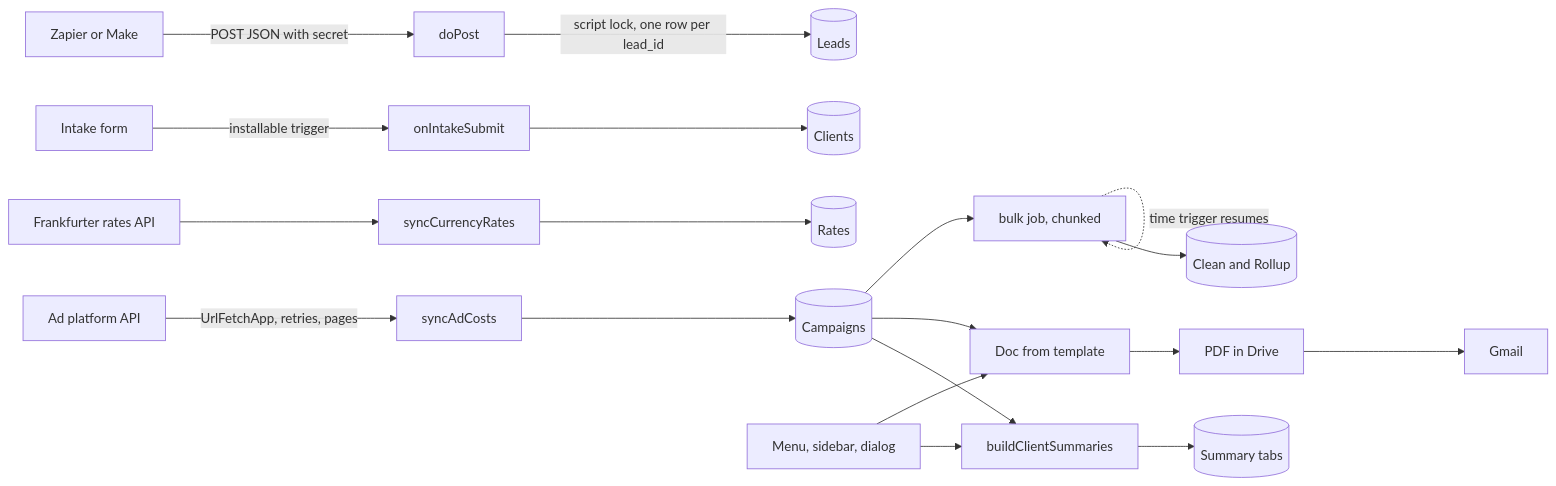
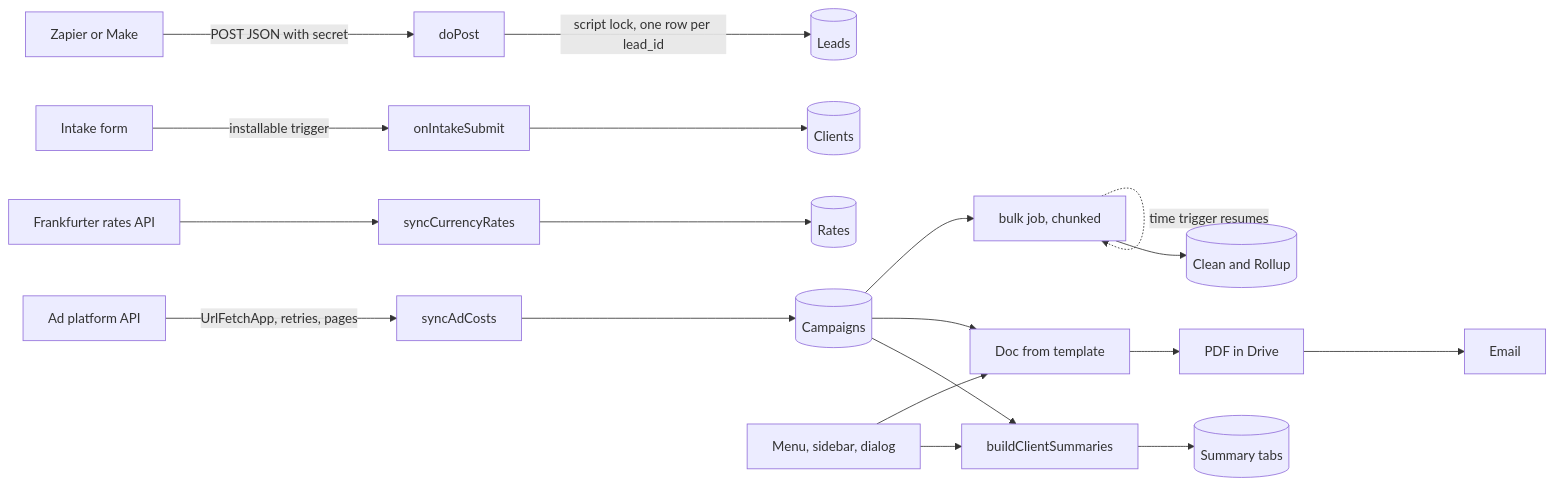
The diagram in README.md (Exalt24/sheetdesk), drawn with Mermaid before and after one commit. The commit also changed other lines of this file and 11 other files, not shown here.

````diff
--- a/README.md
+++ b/README.md
@@ -21,21 +34,21 @@
 ```mermaid
 flowchart LR
   Z[Zapier or Make] -->|POST JSON with secret| W[doPost]
   W -->|script lock, one row per lead_id| L[(Leads)]
   F[Intake form] -->|installable trigger| I[onIntakeSubmit]
   I --> C[(Clients)]
   A[Ad platform API] -->|UrlFetchApp, retries, pages| S[syncAdCosts]
   S --> K[(Campaigns)]
   R[Frankfurter rates API] --> X[syncCurrencyRates]
   X --> T[(Rates)]
   K --> P[buildClientSummaries]
   P --> U[(Summary tabs)]
   K --> D[Doc from template]
   D --> PDF[PDF in Drive]
-  PDF --> M[Gmail]
+  PDF --> M[Email]
   K --> B[bulk job, chunked]
   B --> Q[(Clean and Rollup)]
   B -. time trigger resumes .-> B
   N[Menu, sidebar, dialog] --> P
   N --> D
 ```
````
